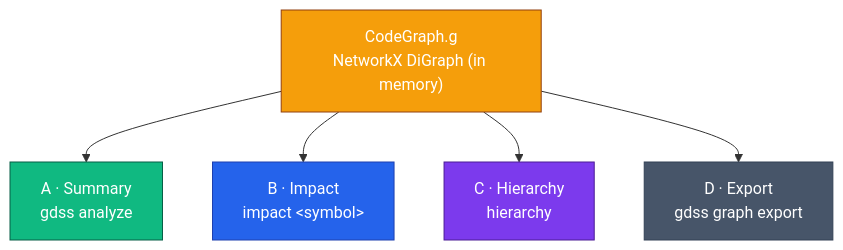
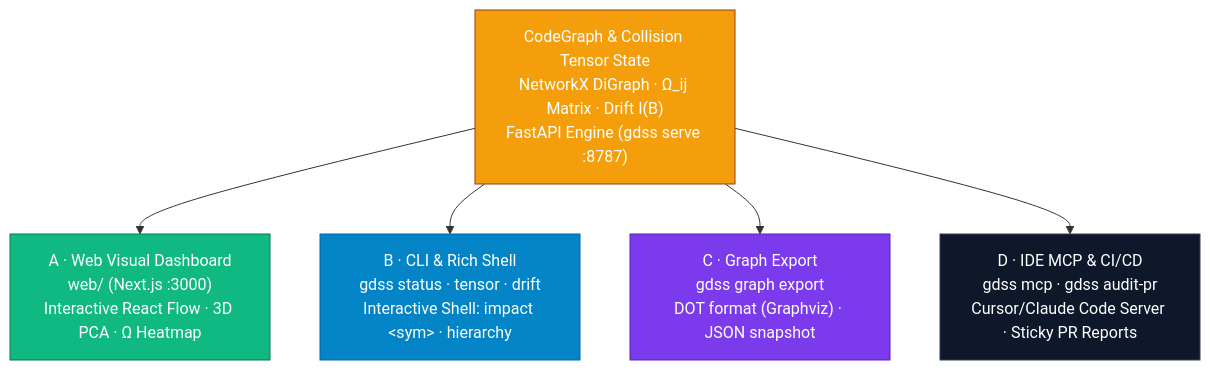
Before and after one commit to Sarthak2233/GDSS: the third of 3 diagrams in docs/IO & VIZ.md, drawn with Mermaid. The commit also changed other lines of this file and 330 other files, not shown here.

First line of the commit message:
feat(core,ai,mcp,validation,ci): Semantic PR Collision Radar & Convergence Assistant

````diff
--- a/docs/IO & VIZ.md
+++ b/docs/IO & VIZ.md
@@ -212,19 +274,20 @@
 ```mermaid
 flowchart TD
-    CG["CodeGraph.g<br>NetworkX DiGraph (in memory)"]
-    A["A · Summary<br>gdss analyze"]
-    B["B · Impact<br>impact &lt;symbol&gt;"]
-    C["C · Hierarchy<br>hierarchy"]
-    D["D · Export<br>gdss graph export"]
+    CG["CodeGraph & Collision Tensor State<br>NetworkX DiGraph · Ω_ij Matrix · Drift I(B)<br>FastAPI Engine (gdss serve :8787)"]
+
+    A["A · Web Visual Dashboard<br>web/ (Next.js :3000)<br>Interactive React Flow · 3D PCA · Ω Heatmap"]
+    B["B · CLI & Rich Shell<br>gdss status · tensor · drift<br>Interactive Shell: impact &lt;sym&gt; · hierarchy"]
+    C["C · Graph Export<br>gdss graph export<br>DOT format (Graphviz) · JSON snapshot"]
+    D["D · IDE MCP & CI/CD<br>gdss mcp · gdss audit-pr<br>Cursor/Claude Code Server · Sticky PR Reports"]
 
     CG --> A
     CG --> B
     CG --> C
     CG --> D
 
     style CG fill:#f59e0b,stroke:#92400e,color:#fff
-    style A fill:#10b981,stroke:#065f46,color:#fff
-    style B fill:#2563eb,stroke:#1e40af,color:#fff
-    style C fill:#7c3aed,stroke:#4c1d95,color:#fff
-    style D fill:#475569,stroke:#334155,color:#fff
+    style A fill:#10b981,stroke:#047857,color:#fff
+    style B fill:#0284c7,stroke:#0369a1,color:#fff
+    style C fill:#7c3aed,stroke:#5b21b6,color:#fff
+    style D fill:#0f172a,stroke:#334155,color:#fff
 ```
````
